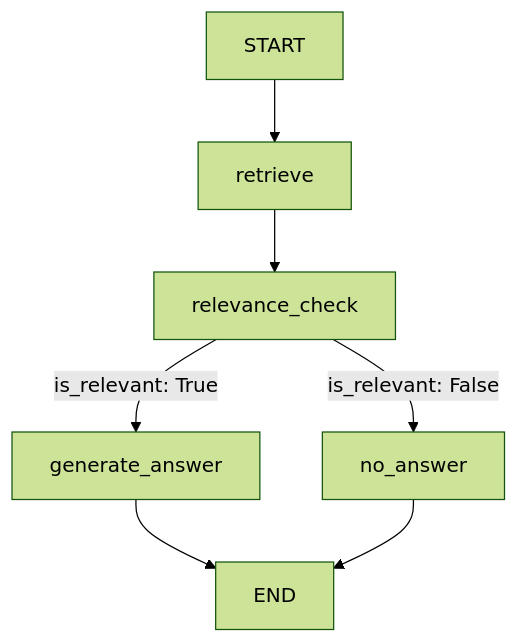
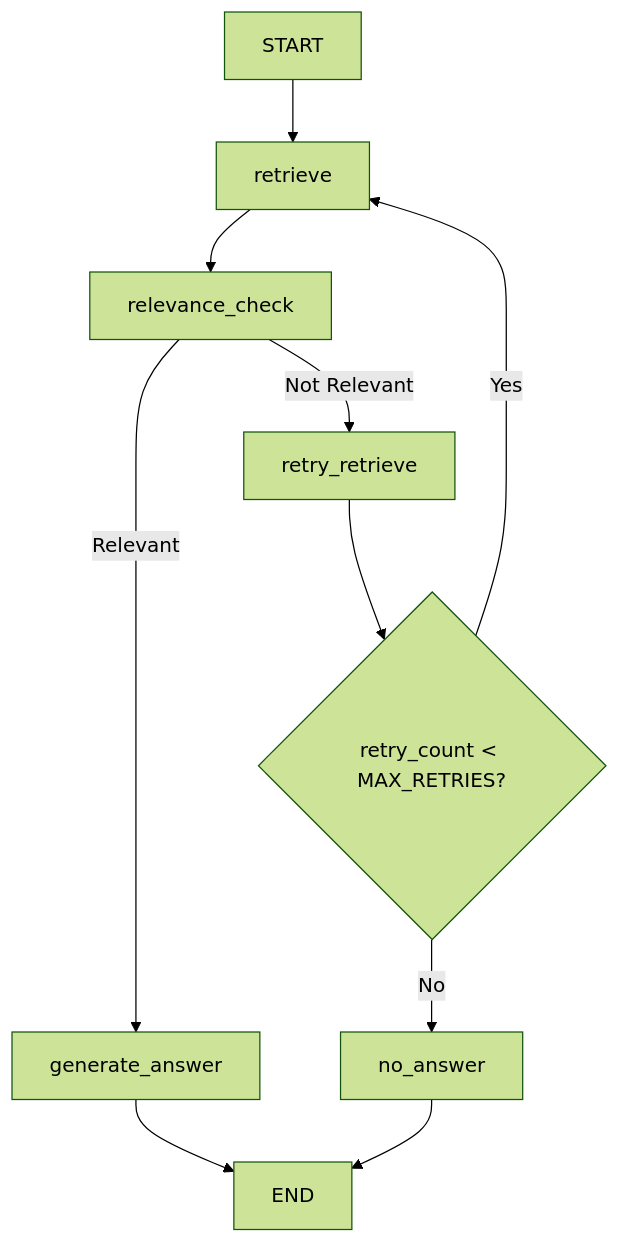
The diagram in docs/langgraph.md (Vishnu917vj/LegalDocRAG), drawn with Mermaid (forest theme) before and after one commit. The commit also changed other lines of this file, not shown here.

````diff
--- a/docs/langgraph.md
+++ b/docs/langgraph.md
@@ -9,9 +7,16 @@
 ```mermaid
 graph TD
     A[START] --> B[retrieve]
     B --> C[relevance_check]
-    C -->|is_relevant: True| D[generate_answer]
-    C -->|is_relevant: False| E[no_answer]
-    D --> F[END]
-    E --> F[END]
+
+    C -->|Relevant| D[generate_answer]
+    D --> G[END]
+
+    C -->|Not Relevant| E[retry_retrieve]
+    E --> F{retry_count < MAX_RETRIES?}
+
+    F -->|Yes| B
+    F -->|No| H[no_answer]
+
+    H --> G
 ```
````
